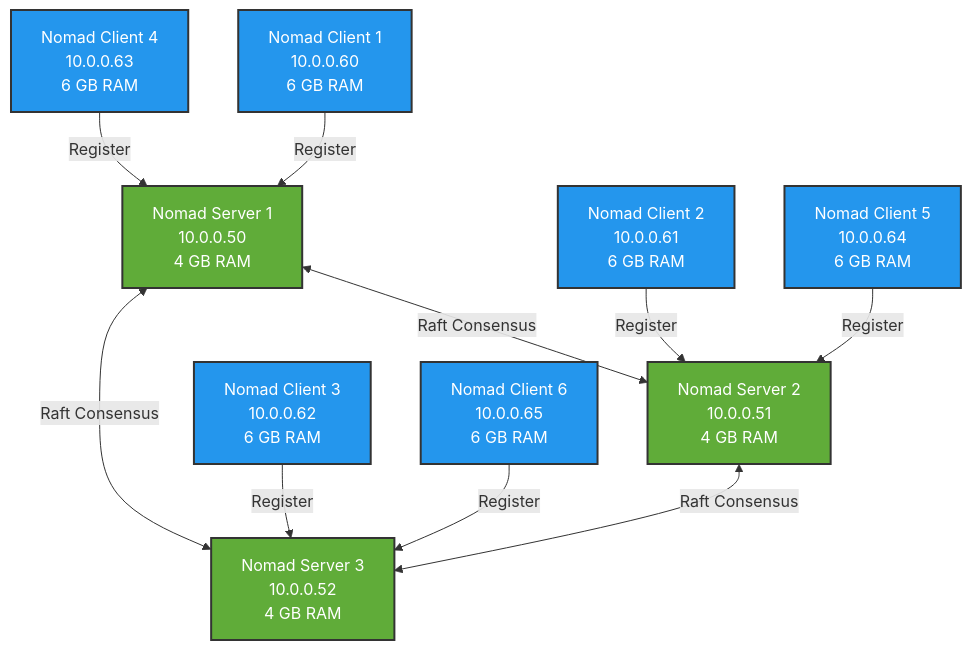
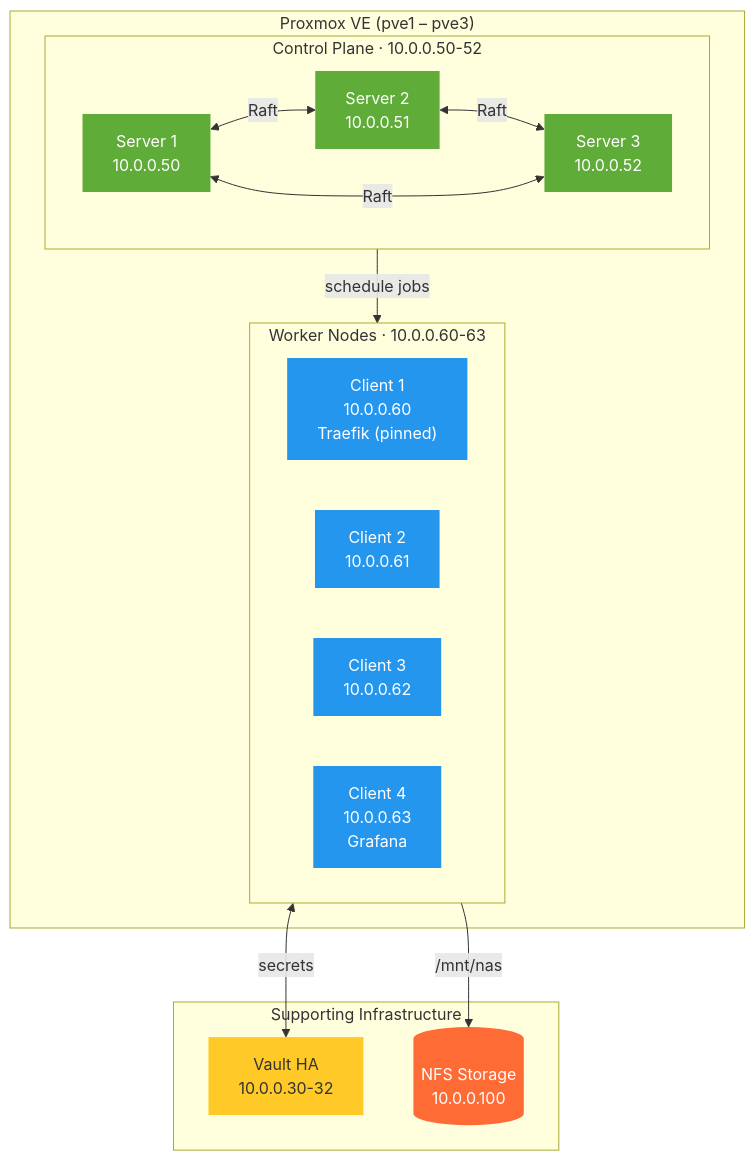
Before and after one commit to jharter1/hashi_homelab: the first of 3 diagrams in README.md, drawn with Mermaid. The commit also changed other lines of this file and 21 other files, not shown here.

````diff
--- a/README.md
+++ b/README.md
@@ -44,33 +44,38 @@
 ```mermaid
-graph TD
-    Server1[Nomad Server 1<br/>10.0.0.50<br/>4 GB RAM]
-    Server2[Nomad Server 2<br/>10.0.0.51<br/>4 GB RAM]
-    Server3[Nomad Server 3<br/>10.0.0.52<br/>4 GB RAM]
-    Client1[Nomad Client 1<br/>10.0.0.60<br/>6 GB RAM]
-    Client2[Nomad Client 2<br/>10.0.0.61<br/>6 GB RAM]
-    Client3[Nomad Client 3<br/>10.0.0.62<br/>6 GB RAM]
-    Client4[Nomad Client 4<br/>10.0.0.63<br/>6 GB RAM]
-    Client5[Nomad Client 5<br/>10.0.0.64<br/>6 GB RAM]
-    Client6[Nomad Client 6<br/>10.0.0.65<br/>6 GB RAM]
-    
-    Server1 <-->|Raft Consensus| Server2
-    Server2 <-->|Raft Consensus| Server3
-    Server3 <-->|Raft Consensus| Server1
-    
-    Client1 -->|Register| Server1
-    Client2 -->|Register| Server2
-    Client3 -->|Register| Server3
-    Client4 -->|Register| Server1
-    Client5 -->|Register| Server2
-    Client6 -->|Register| Server3
-    
-    style Server1 fill:#60ac39,stroke:#333,stroke-width:2px,color:white
-    style Server2 fill:#60ac39,stroke:#333,stroke-width:2px,color:white
-    style Server3 fill:#60ac39,stroke:#333,stroke-width:2px,color:white
-    style Client1 fill:#2496ed,stroke:#333,stroke-width:2px,color:white
-    style Client2 fill:#2496ed,stroke:#333,stroke-width:2px,color:white
-    style Client3 fill:#2496ed,stroke:#333,stroke-width:2px,color:white
-    style Client4 fill:#2496ed,stroke:#333,stroke-width:2px,color:white
-    style Client5 fill:#2496ed,stroke:#333,stroke-width:2px,color:white
-    style Client6 fill:#2496ed,stroke:#333,stroke-width:2px,color:white
+graph TB
+    subgraph proxmox["Proxmox VE (pve1 – pve3)"]
+        subgraph control["Control Plane · 10.0.0.50-52"]
+            S1["Server 1\n10.0.0.50"]
+            S2["Server 2\n10.0.0.51"]
+            S3["Server 3\n10.0.0.52"]
+            S1 <-->|Raft| S2
+            S2 <-->|Raft| S3
+            S3 <-->|Raft| S1
+        end
+        subgraph workers["Worker Nodes · 10.0.0.60-63"]
+            C1["Client 1\n10.0.0.60\nTraefik (pinned)"]
+            C2["Client 2\n10.0.0.61"]
+            C3["Client 3\n10.0.0.62"]
+            C4["Client 4\n10.0.0.63\nGrafana"]
+        end
+    end
+
+    subgraph infra["Supporting Infrastructure"]
+        Vault["Vault HA\n10.0.0.30-32"]
+        NAS[("NFS Storage\n10.0.0.100")]
+    end
+
+    control -->|"schedule jobs"| workers
+    workers <-->|"secrets"| Vault
+    workers -->|"/mnt/nas"| NAS
+
+    style S1 fill:#60ac39,color:#fff,stroke:none
+    style S2 fill:#60ac39,color:#fff,stroke:none
+    style S3 fill:#60ac39,color:#fff,stroke:none
+    style C1 fill:#2496ed,color:#fff,stroke:none
+    style C2 fill:#2496ed,color:#fff,stroke:none
+    style C3 fill:#2496ed,color:#fff,stroke:none
+    style C4 fill:#2496ed,color:#fff,stroke:none
+    style Vault fill:#ffca28,color:#333,stroke:none
+    style NAS fill:#ff6b35,color:#fff,stroke:none
 ```
````
